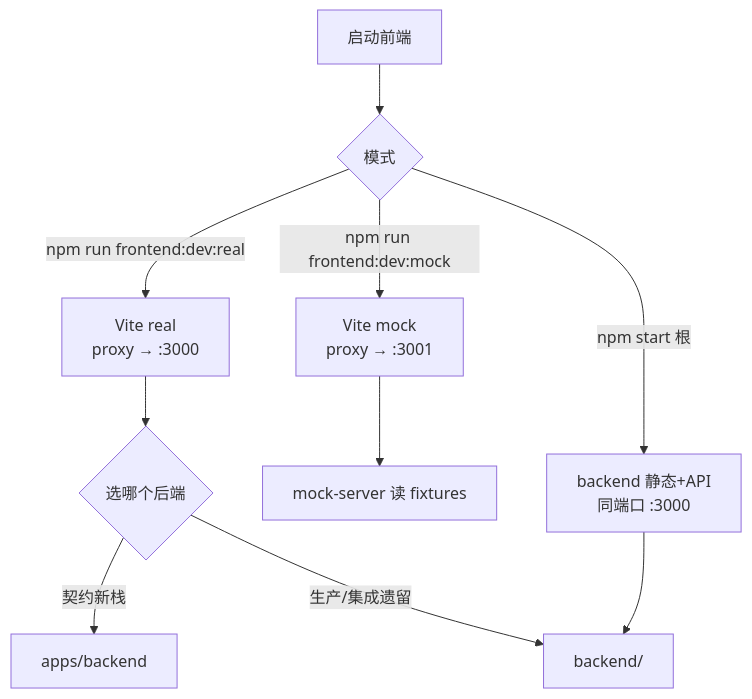
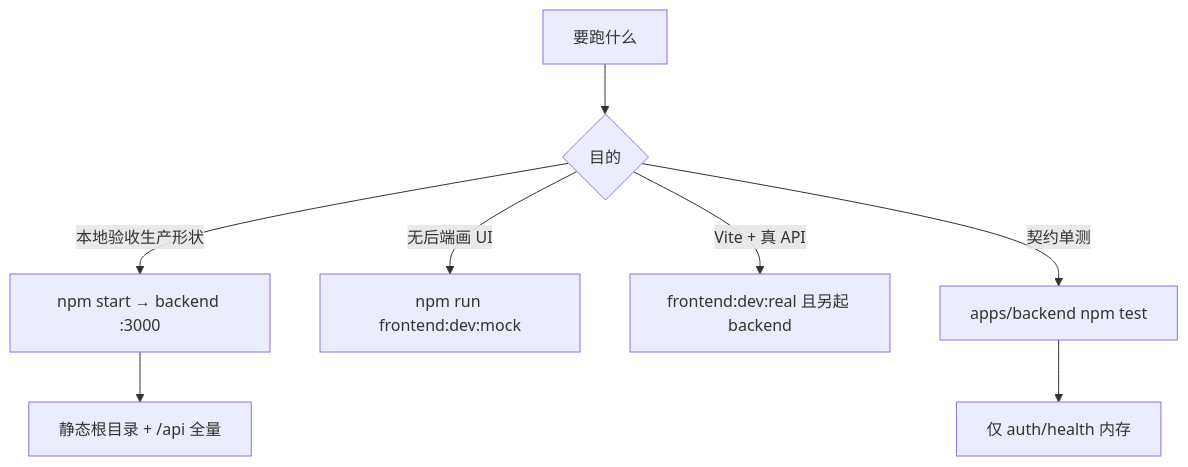
One commit to wangyirui27/baby-chuangguan changed the fourth of 4 diagrams in docs/codegraphy.md. Above: the diagram before and after it, drawn with Mermaid. The commit also changed other lines of this file and 51 other files, not shown here.

````diff
--- a/docs/codegraphy.md
+++ b/docs/codegraphy.md
@@ -142,12 +267,10 @@
 ```mermaid
 flowchart TD
-    A[启动前端] --> B{模式}
-    B -->|npm run frontend:dev:mock| C[Vite mock<br/>proxy → :3001]
-    B -->|npm run frontend:dev:real| D[Vite real<br/>proxy → :3000]
-    B -->|npm start 根| E[backend 静态+API<br/>同端口 :3000]
-    C --> F[mock-server 读 fixtures]
-    D --> G{选哪个后端}
-    G -->|契约新栈| H[apps/backend]
-    G -->|生产/集成遗留| I[backend/]
-    E --> I
+  A[要跑什么] --> B{目的}
+  B -->|本地验收生产形状| E[npm start → backend :3000]
+  B -->|无后端画 UI| C[npm run frontend:dev:mock]
+  B -->|Vite + 真 API| D[frontend:dev:real 且另起 backend]
+  B -->|契约单测| F[apps/backend npm test]
+  E --> G[静态根目录 + /api 全量]
+  F --> H[仅 auth/health 内存]
 ```
````
